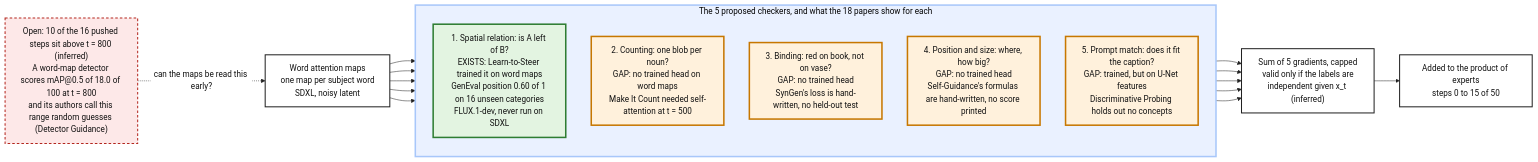
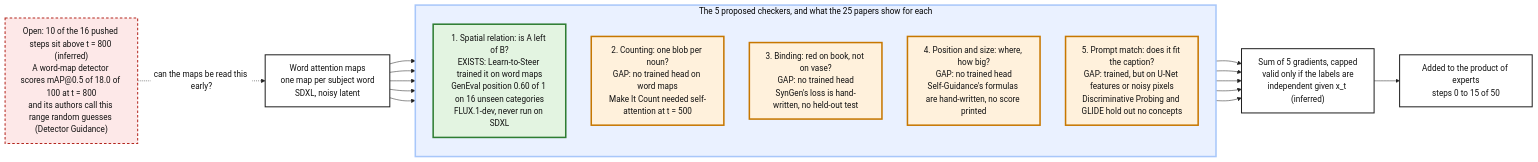
One commit to mo-rsa24/concept-composition changed the diagram in artifacts/notes/progress/abstract-checkers/01-reading/what-the-papers-cover.mmd. Above: the diagram before and after it, drawn with Mermaid. The commit also changed 26 other files, not shown here.

Commit message:
Abstract checkers: read the 7 closer papers and finish the reading table (step U1)

```diff
--- a/artifacts/notes/progress/abstract-checkers/01-reading/what-the-papers-cover.mmd
+++ b/artifacts/notes/progress/abstract-checkers/01-reading/what-the-papers-cover.mmd
@@ -1,39 +1,39 @@
 %%{init: {'theme': 'base', 'themeVariables': {'fontFamily': 'monospace', 'primaryColor': '#ffffff', 'primaryBorderColor': '#222222', 'primaryTextColor': '#111111', 'lineColor': '#222222'}}}%%
 flowchart LR
     MAPS["Word attention maps<br/>one map per subject word<br/>SDXL, noisy latent"]
 
-    subgraph HEADS["The 5 proposed checkers, and what the 18 papers show for each"]
+    subgraph HEADS["The 5 proposed checkers, and what the 25 papers show for each"]
         direction TB
         SPATIAL["1. Spatial relation: is A left of B?<br/>EXISTS: Learn-to-Steer trained it on word maps<br/>GenEval position 0.60 of 1 on 16 unseen categories<br/>FLUX.1-dev, never run on SDXL"]
         COUNT["2. Counting: one blob per noun?<br/>GAP: no trained head on word maps<br/>Make It Count needed self-attention at t = 500"]
         BIND["3. Binding: red on book, not on vase?<br/>GAP: no trained head<br/>SynGen's loss is hand-written, no held-out test"]
         POS["4. Position and size: where, how big?<br/>GAP: no trained head<br/>Self-Guidance's formulas are hand-written, no score printed"]
-        MATCH["5. Prompt match: does it fit the caption?<br/>GAP: trained, but on U-Net features<br/>Discriminative Probing holds out no concepts"]
+        MATCH["5. Prompt match: does it fit the caption?<br/>GAP: trained, but on U-Net features or noisy pixels<br/>Discriminative Probing and GLIDE hold out no concepts"]
     end
 
     SUM["Sum of 5 gradients, capped<br/>valid only if the labels are<br/>independent given x_t (inferred)"]
     POE["Added to the product of experts<br/>steps 0 to 15 of 50"]
     RISK["Open: 10 of the 16 pushed steps sit above t = 800 (inferred)<br/>A word-map detector scores mAP@0.5 of 18.0 of 100 at t = 800<br/>and its authors call this range random guesses (Detector Guidance)"]
 
     MAPS --> SPATIAL
     MAPS --> COUNT
     MAPS --> BIND
     MAPS --> POS
     MAPS --> MATCH
     SPATIAL --> SUM
     COUNT --> SUM
     BIND --> SUM
     POS --> SUM
     MATCH --> SUM
     SUM --> POE
     RISK -.->|"can the maps be read this early?"| MAPS
 
     classDef plain fill:#ffffff,stroke:#222222,stroke-width:2px,color:#111111
     classDef exists fill:#e3f4e1,stroke:#2e7d32,stroke-width:3px,color:#111111
     classDef gap fill:#fff1dc,stroke:#c77700,stroke-width:3px,color:#111111
     classDef risk fill:#fde8e8,stroke:#b3261e,stroke-width:2px,stroke-dasharray: 5 4,color:#111111
     class MAPS,SUM,POE plain
     class SPATIAL exists
     class COUNT,BIND,POS,MATCH gap
     class RISK risk
     style HEADS fill:#eaf1ff,stroke:#a8c7fa,stroke-width:3px
```
